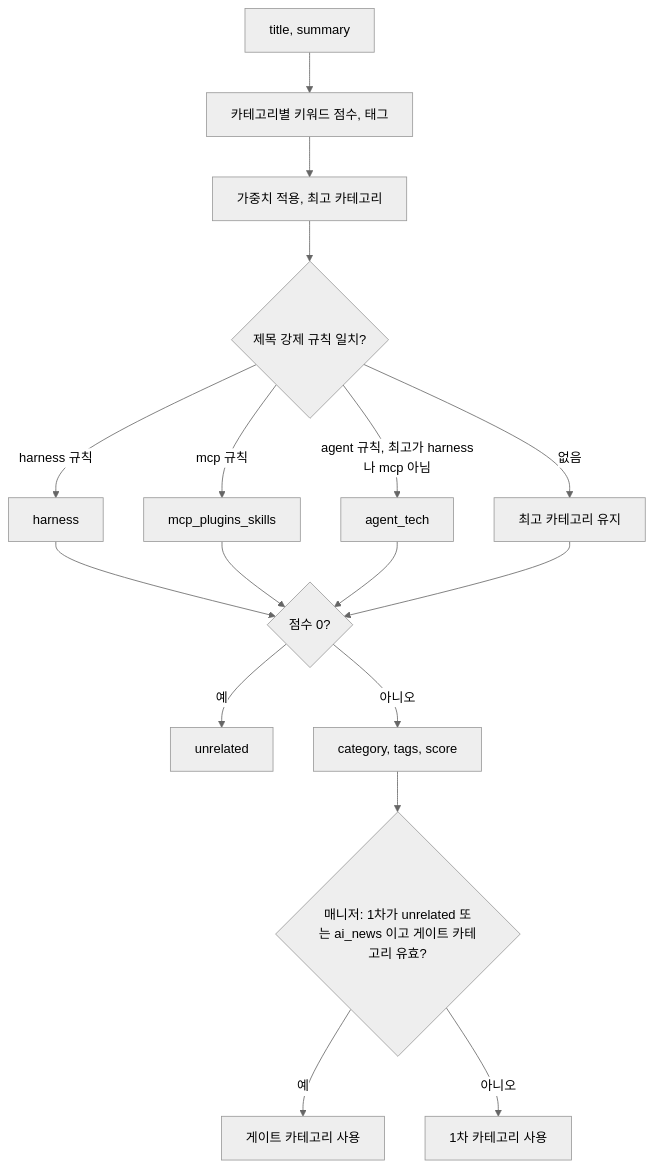
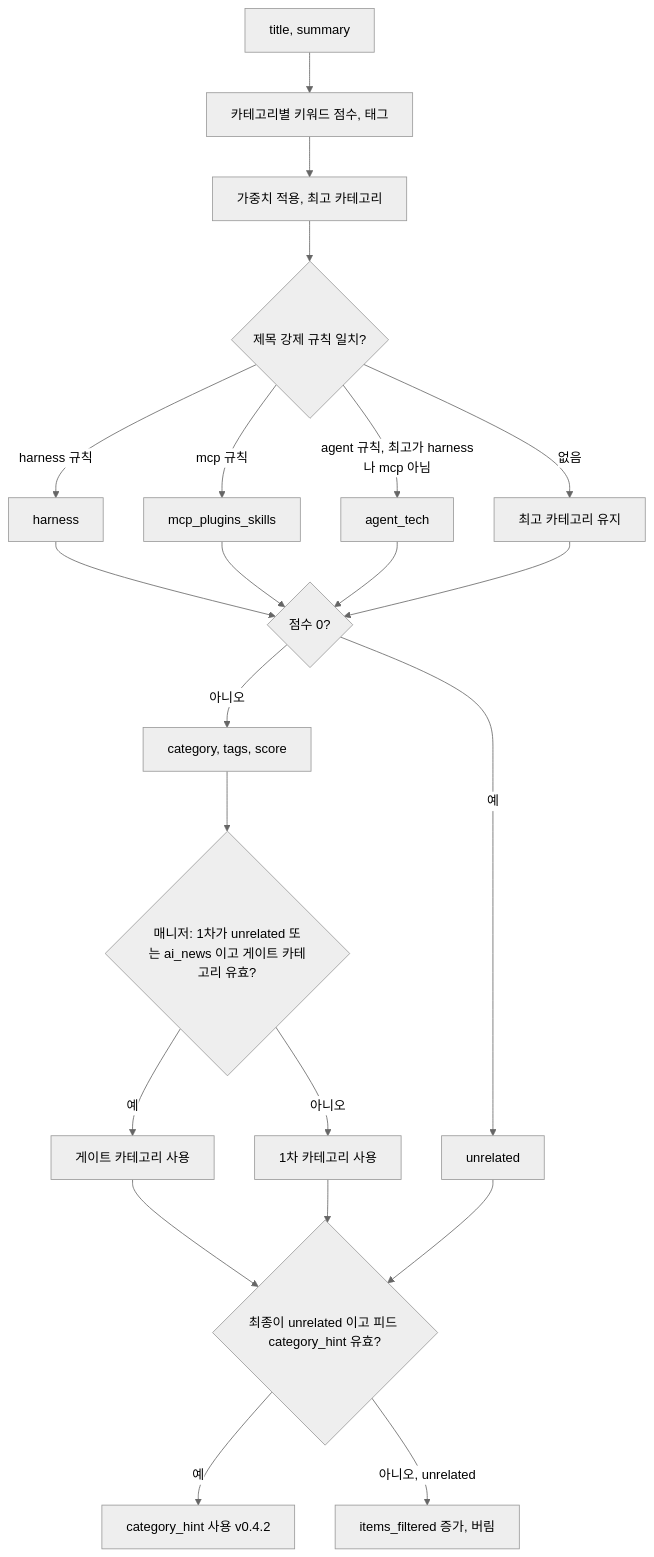
Before and after one commit to ozplayground/agent-lens: diagram 13 of 26 in docs/spec-writer/fsd/03_COLLECTION_SPECIFICATION.md, drawn with Mermaid (neutral theme). The commit also changed other lines of this file and 216 other files, not shown here.

````diff
--- a/docs/spec-writer/fsd/03_COLLECTION_SPECIFICATION.md
+++ b/docs/spec-writer/fsd/03_COLLECTION_SPECIFICATION.md
@@ -831,19 +853,24 @@
 ```mermaid
 flowchart TD
     A["title, summary"] --> B["카테고리별 키워드 점수, 태그"]
     B --> C["가중치 적용, 최고 카테고리"]
     C --> D{"제목 강제 규칙 일치?"}
     D -->|harness 규칙| E["harness"]
     D -->|mcp 규칙| F["mcp_plugins_skills"]
     D -->|agent 규칙, 최고가 harness나 mcp 아님| G["agent_tech"]
     D -->|없음| H["최고 카테고리 유지"]
     E --> I{"점수 0?"}
     F --> I
     G --> I
     H --> I
     I -->|예| J["unrelated"]
     I -->|아니오| K["category, tags, score"]
     K --> L{"매니저: 1차가 unrelated 또는 ai_news 이고 게이트 카테고리 유효?"}
     L -->|예| M["게이트 카테고리 사용"]
     L -->|아니오| N["1차 카테고리 사용"]
+    M --> O{"최종이 unrelated 이고 피드 category_hint 유효?"}
+    N --> O
+    J --> O
+    O -->|예| P["category_hint 사용 v0.4.2"]
+    O -->|아니오, unrelated| Q["items_filtered 증가, 버림"]
 ```
````
